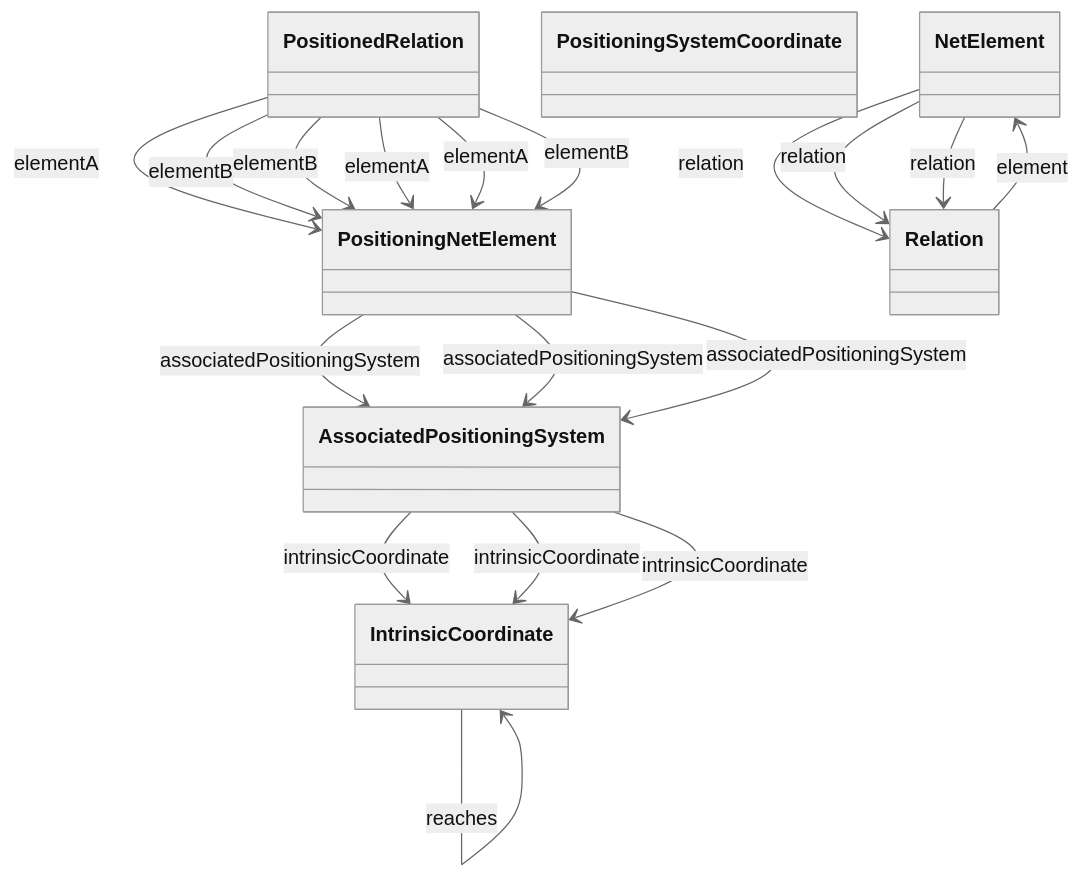
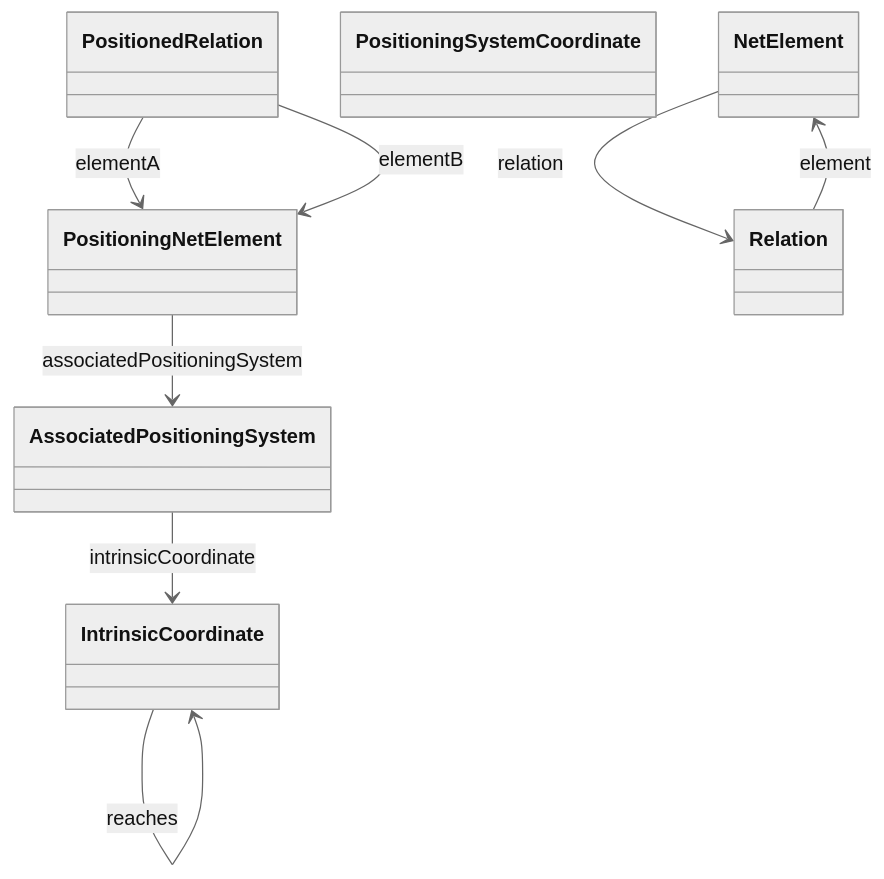
One commit to oeg-upm/Devos changed the diagram in output/ieswc_freq/rail.ttl-freq-7-0-hard.md. Above: the diagram before and after it, drawn with Mermaid (neutral theme). The commit also changed 131 other files, not shown here.

````diff
--- a/output/ieswc_freq/rail.ttl-freq-7-0-hard.md
+++ b/output/ieswc_freq/rail.ttl-freq-7-0-hard.md
@@ -1,69 +1,49 @@
 ```mermaid
 	classDiagram
 
     
     class `PositioningNetElement` {
     
     }
 
     class `IntrinsicCoordinate` {
     
     }
 
     class `NetElement` {
     
     }
 
     class `PositioningSystemCoordinate` {
     
     }
 
     class `AssociatedPositioningSystem` {
     
     }
 
     class `Relation` {
     
     }
 
     class `PositionedRelation` {
     
     }
 
 
 
-`AssociatedPositioningSystem`  --> `IntrinsicCoordinate`   :intrinsicCoordinate  
+`NetElement`  --> `Relation`   :relation  
 
 `Relation`  --> `NetElement`   :element  
 
+`PositioningNetElement`  --> `AssociatedPositioningSystem`   :associatedPositioningSystem  
+
 `PositionedRelation`  --> `PositioningNetElement`   :elementA  
 
-`PositioningNetElement`  --> `AssociatedPositioningSystem`   :associatedPositioningSystem  
+`AssociatedPositioningSystem`  --> `IntrinsicCoordinate`   :intrinsicCoordinate  
 
 `PositionedRelation`  --> `PositioningNetElement`   :elementB  
 
 `IntrinsicCoordinate`  --> `IntrinsicCoordinate`   :reaches  
 
-`NetElement`  --> `Relation`   :relation  
-
-`PositionedRelation`  --> `PositioningNetElement`   :elementB  
-
-`NetElement`  --> `Relation`   :relation  
-
-`NetElement`  --> `Relation`   :relation  
-
-`PositioningNetElement`  --> `AssociatedPositioningSystem`   :associatedPositioningSystem  
-
-`PositioningNetElement`  --> `AssociatedPositioningSystem`   :associatedPositioningSystem  
-
-`AssociatedPositioningSystem`  --> `IntrinsicCoordinate`   :intrinsicCoordinate  
-
-`AssociatedPositioningSystem`  --> `IntrinsicCoordinate`   :intrinsicCoordinate  
-
-`PositionedRelation`  --> `PositioningNetElement`   :elementA  
-
-`PositionedRelation`  --> `PositioningNetElement`   :elementA  
-
-`PositionedRelation`  --> `PositioningNetElement`   :elementB  
-
 ```
````
